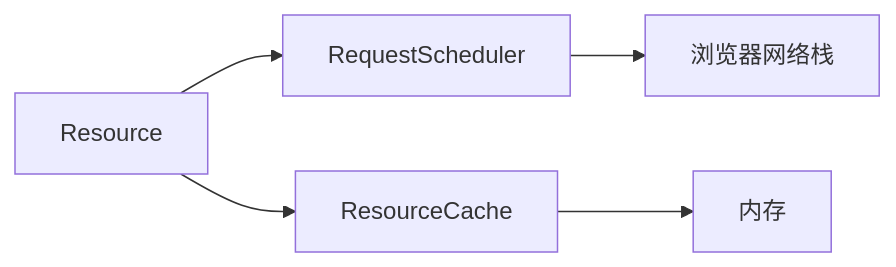
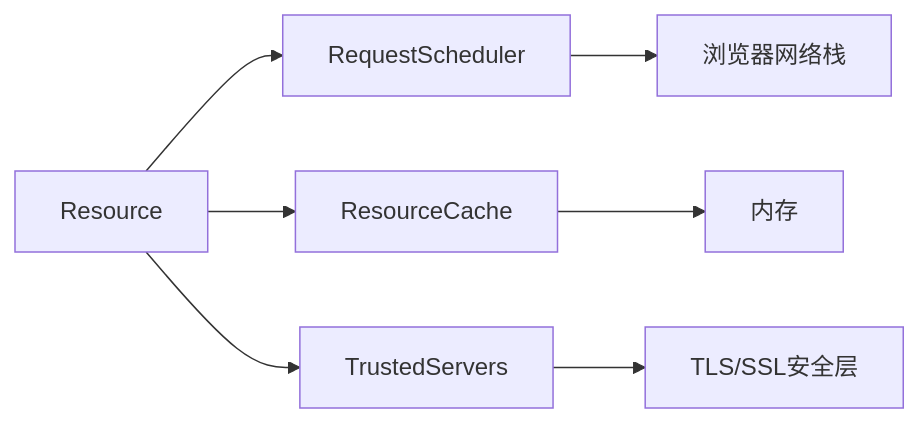
One commit to rzhangjing/cesium changed the seventh of 7 diagrams in .qoder/repowiki/zh/content/API参考文档/核心API/资源管理API/资源管理API.md. Above: the diagram before and after it, drawn with Mermaid. The commit also changed other lines of this file and 32 other files, not shown here.

````diff
--- a/.qoder/repowiki/zh/content/API参考文档/核心API/资源管理API/资源管理API.md
+++ b/.qoder/repowiki/zh/content/API参考文档/核心API/资源管理API/资源管理API.md
@@ -246,7 +296,9 @@
 ```mermaid
 graph LR
 Resource["Resource"] --> RequestScheduler["RequestScheduler"]
 Resource --> ResourceCache["ResourceCache"]
+Resource --> TrustedServers["TrustedServers"]
 RequestScheduler --> BrowserNet["浏览器网络栈"]
 ResourceCache --> Memory["内存"]
+TrustedServers --> TLSSecurity["TLS/SSL安全层"]
 ```
````
